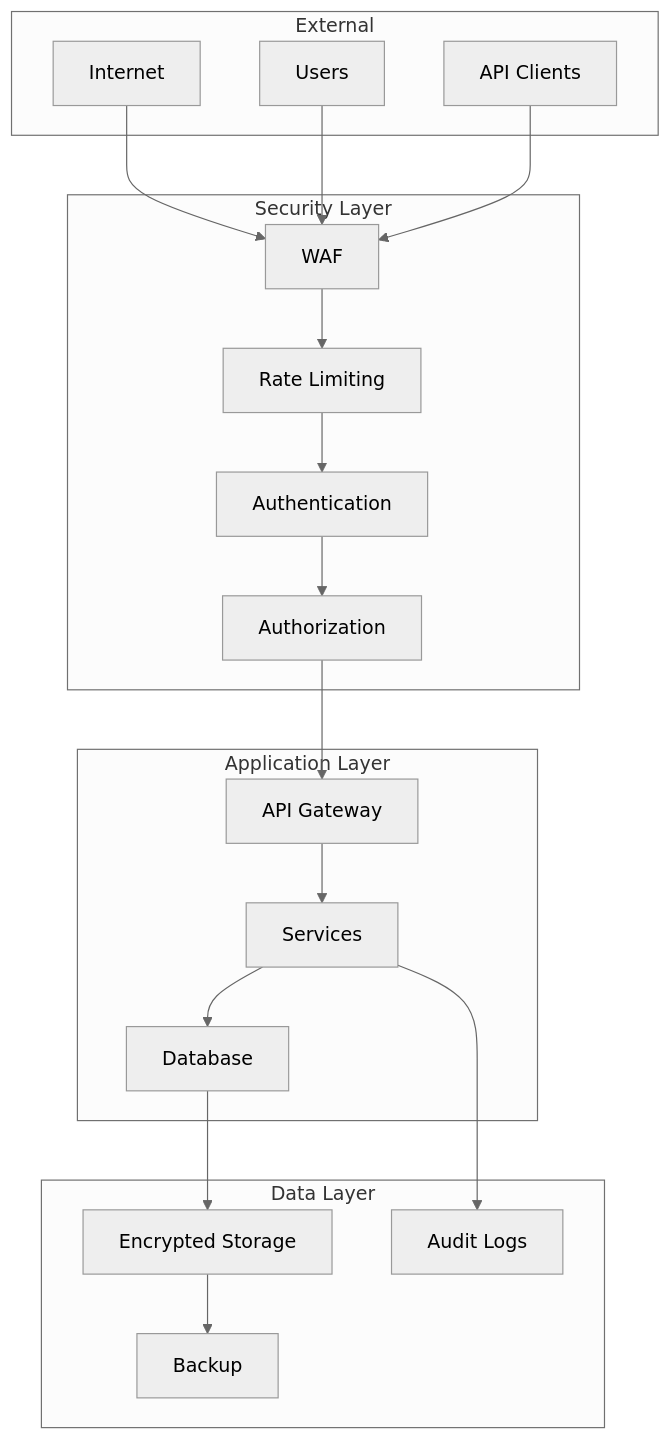
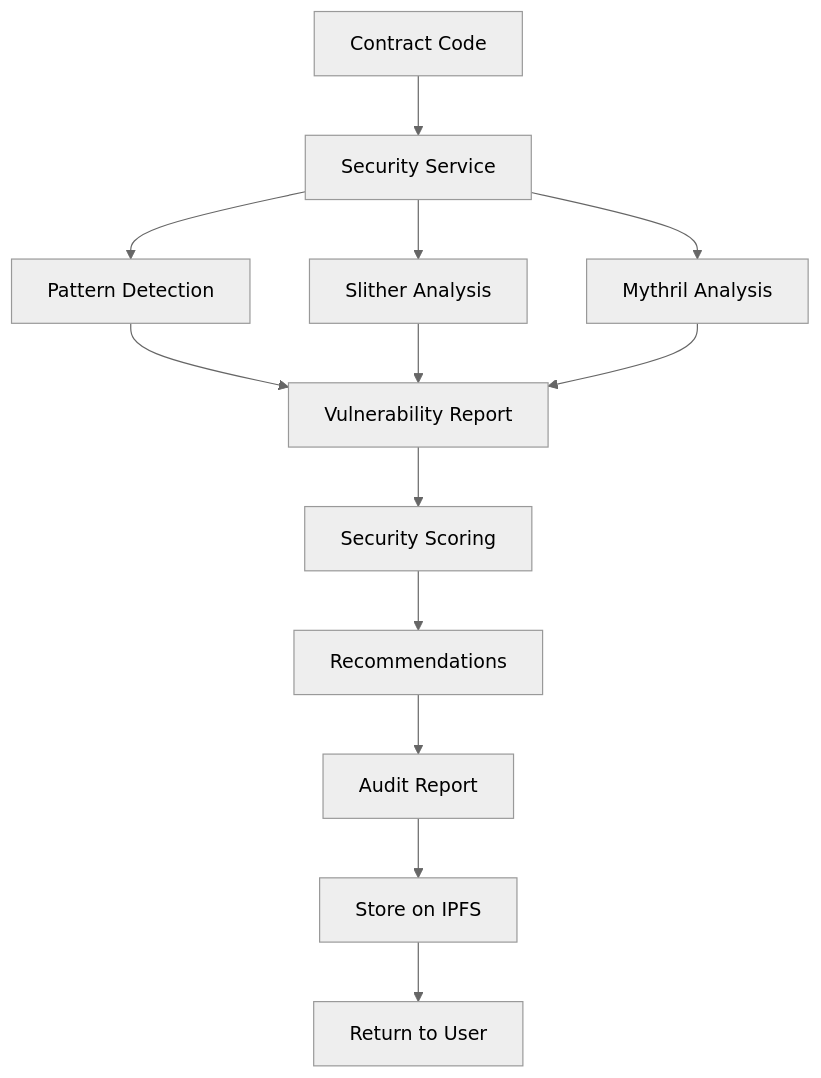
Before and after one commit to JustineDevs/Hyperkit-Agent: the sixth of 13 diagrams in hyperkit-agent/docs/ARCHITECTURE_DIAGRAMS.md, drawn with Mermaid (neutral theme). The commit also changed other lines of this file and 118 other files, not shown here.

````diff
--- a/hyperkit-agent/docs/ARCHITECTURE_DIAGRAMS.md
+++ b/hyperkit-agent/docs/ARCHITECTURE_DIAGRAMS.md
@@ -288,40 +197,17 @@
 ```mermaid
-graph TB
-    subgraph "External"
-        A[Internet]
-        B[Users]
-        C[API Clients]
-    end
+flowchart TD
+    A[Contract Code] --> B[Security Service]
+    B --> C[Pattern Detection]
+    B --> D[Slither Analysis]
+    B --> E[Mythril Analysis]
     
-    subgraph "Security Layer"
-        D[WAF]
-        E[Rate Limiting]
-        F[Authentication]
-        G[Authorization]
-    end
+    C --> F[Vulnerability Report]
+    D --> F
+    E --> F
     
-    subgraph "Application Layer"
-        H[API Gateway]
-        I[Services]
-        J[Database]
-    end
-    
-    subgraph "Data Layer"
-        K[Encrypted Storage]
-        L[Audit Logs]
-        M[Backup]
-    end
-    
-    A --> D
-    B --> D
-    C --> D
-    D --> E
-    E --> F
-    F --> G
-    G --> H
-    H --> I
-    I --> J
-    J --> K
-    I --> L
-    K --> M
+    F --> G[Security Scoring]
+    G --> H[Recommendations]
+    H --> I[Audit Report]
+    I --> J[Store on IPFS]
+    J --> K[Return to User]
 ```
````
